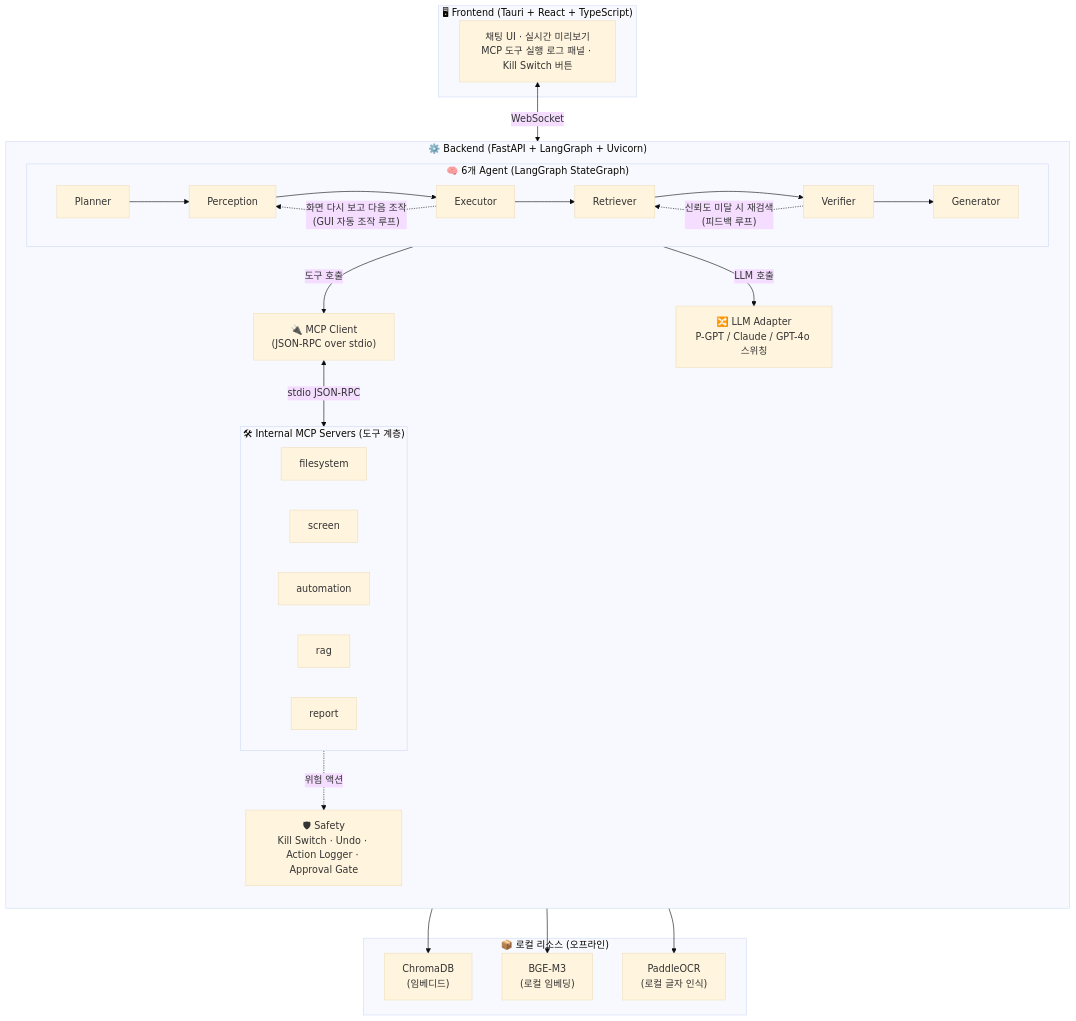
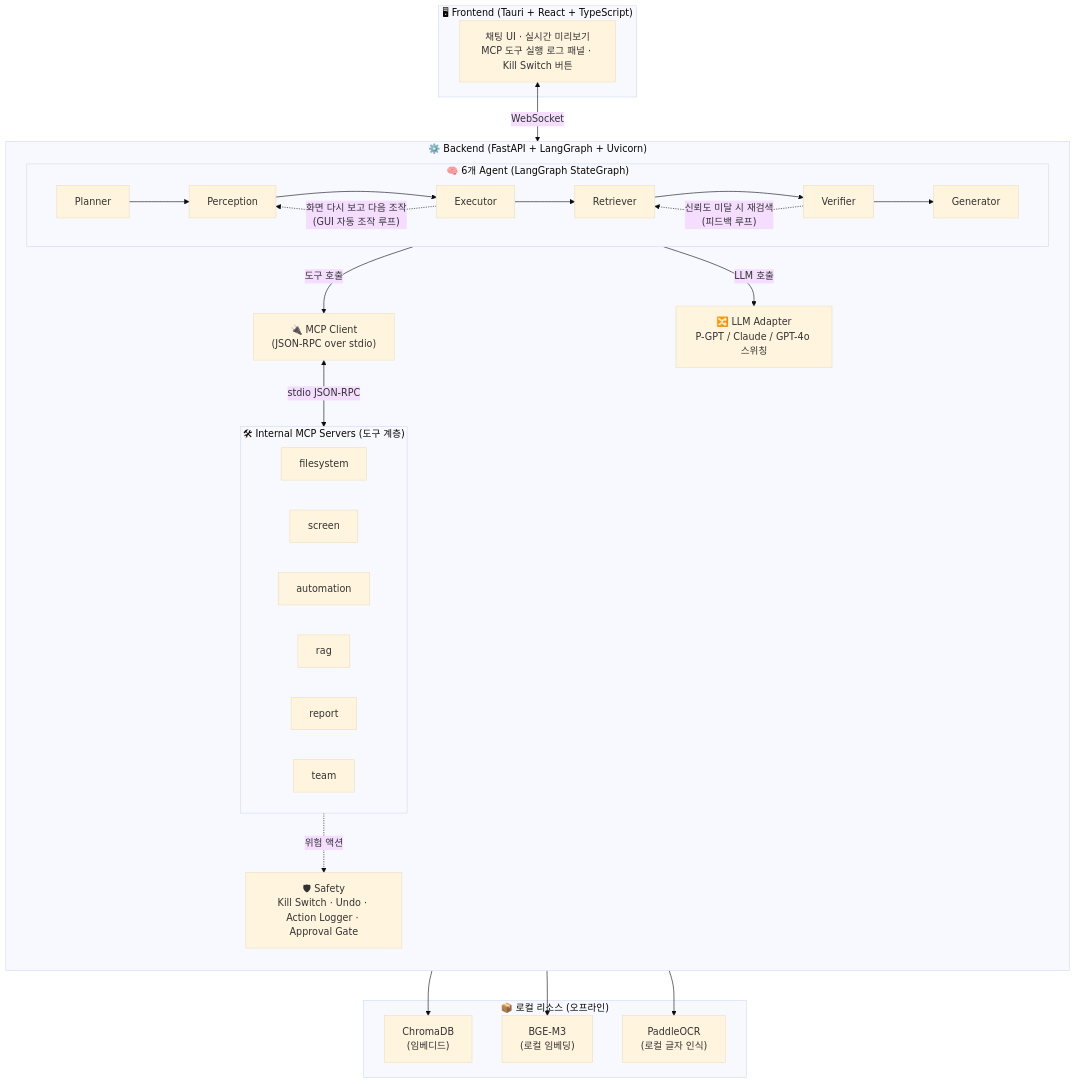
One commit to taehyun108/KTH_01 changed the diagram in PFM-Agent/README.md. Above: the diagram before and after it, drawn with Mermaid (base theme). The commit also changed other lines of this file and 20 other files, not shown here.

````diff
--- a/PFM-Agent/README.md
+++ b/PFM-Agent/README.md
@@ -15,44 +15,45 @@
 ```mermaid
 flowchart TB
     subgraph FE["🖥 Frontend (Tauri + React + TypeScript)"]
         UI["채팅 UI · 실시간 미리보기<br/>MCP 도구 실행 로그 패널 · Kill Switch 버튼"]
     end
 
     subgraph BE["⚙️ Backend (FastAPI + LangGraph + Uvicorn)"]
         direction TB
         subgraph AG["🧠 6개 Agent (LangGraph StateGraph)"]
             P1["Planner"] --> P2["Perception"]
             P2 --> P3["Executor"]
             P3 --> P4["Retriever"]
             P4 --> P5["Verifier"]
             P5 --> P6["Generator"]
             P5 -.->|"신뢰도 미달 시 재검색<br/>(피드백 루프)"| P4
             P3 -.->|"화면 다시 보고 다음 조작<br/>(GUI 자동 조작 루프)"| P2
         end
         MC["🔌 MCP Client<br/>(JSON-RPC over stdio)"]
         subgraph MS["🛠 Internal MCP Servers (도구 계층)"]
             direction LR
             S1["filesystem"]
             S2["screen"]
             S3["automation"]
             S4["rag"]
             S5["report"]
+            S6["team"]
         end
         LLM["🔀 LLM Adapter<br/>P-GPT / Claude / GPT-4o 스위칭"]
         SAFE["🛡 Safety<br/>Kill Switch · Undo · Action Logger · Approval Gate"]
     end
 
     UI <-->|WebSocket| AG
     AG -->|도구 호출| MC
     MC <-->|stdio JSON-RPC| MS
     AG -->|LLM 호출| LLM
     S3 -.위험 액션.-> SAFE
 
     subgraph LOCAL["📦 로컬 리소스 (오프라인)"]
         R1["ChromaDB<br/>(임베디드)"]
         R2["BGE-M3<br/>(로컬 임베딩)"]
         R3["PaddleOCR<br/>(로컬 글자 인식)"]
     end
     S4 --> R1 & R2
     S2 --> R3
 ```
````
